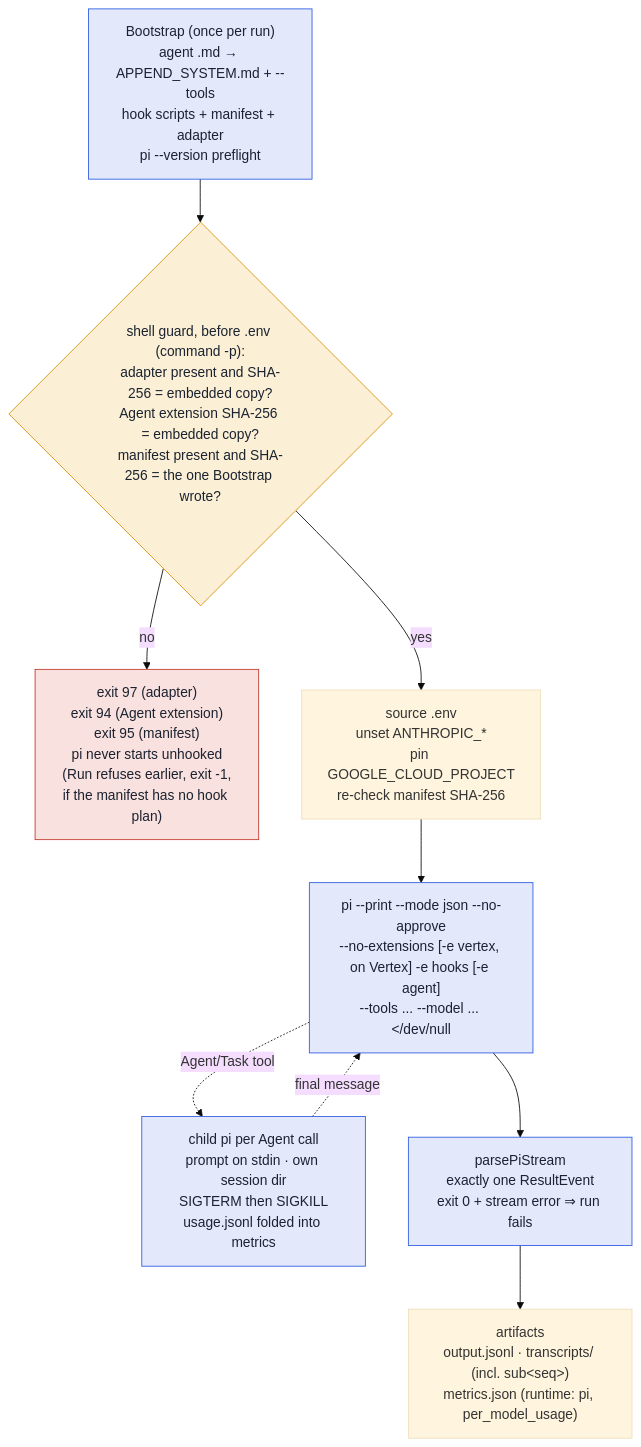
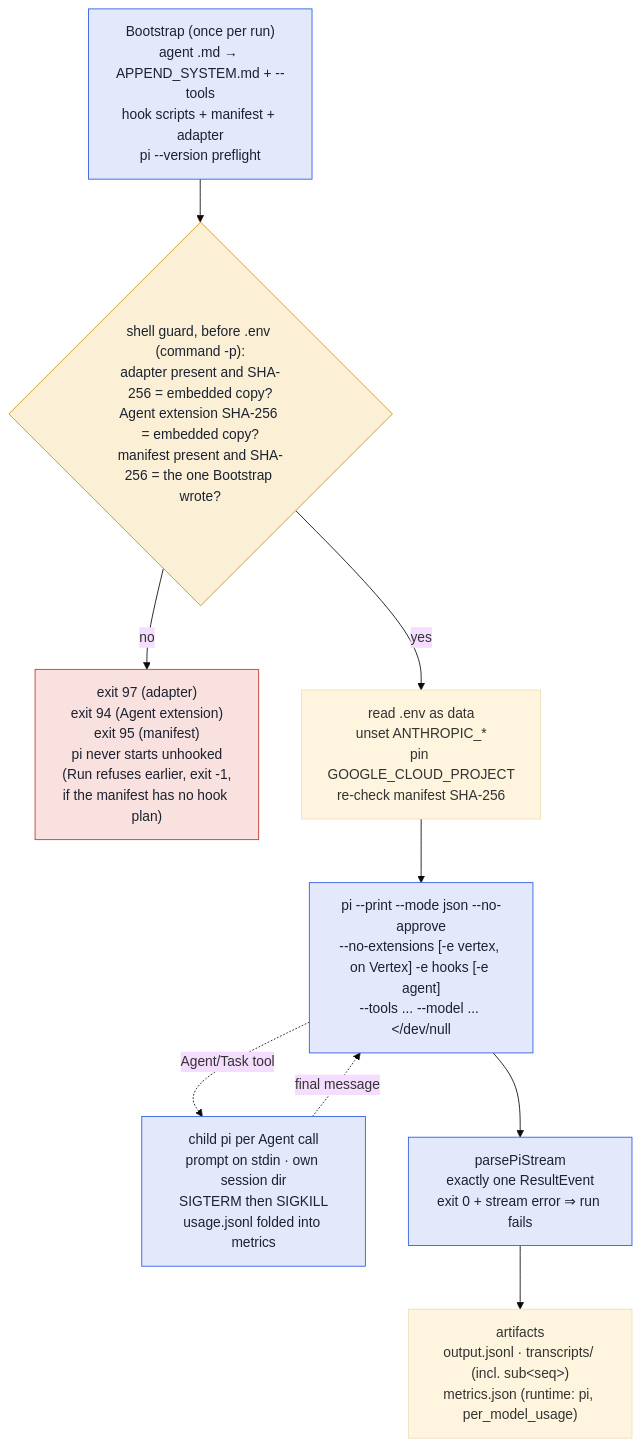
The second of 3 diagrams in docs/contributing/runtime-implementation.md (Aliciapet11/fullsend), drawn with Mermaid (base theme) before and after one commit. The commit also changed other lines of this file and 24 other files, not shown here.

````diff
--- a/docs/contributing/runtime-implementation.md
+++ b/docs/contributing/runtime-implementation.md
@@ -666,22 +667,22 @@
 ```mermaid
 flowchart TB
   B["Bootstrap (once per run)\nagent .md → APPEND_SYSTEM.md + --tools\nhook scripts + manifest + adapter\npi --version preflight"]
   G{"shell guard, before .env (command -p):\nadapter present and SHA-256 = embedded copy?\nAgent extension SHA-256 = embedded copy?\nmanifest present and SHA-256 = the one Bootstrap wrote?"}
   X["exit 97 (adapter)\nexit 94 (Agent extension)\nexit 95 (manifest)\npi never starts unhooked\n(Run refuses earlier, exit -1,\nif the manifest has no hook plan)"]
-  E["source .env\nunset ANTHROPIC_*\npin GOOGLE_CLOUD_PROJECT\nre-check manifest SHA-256"]
+  E["read .env as data\nunset ANTHROPIC_*\npin GOOGLE_CLOUD_PROJECT\nre-check manifest SHA-256"]
   P["pi --print --mode json --no-approve\n--no-extensions [-e vertex, on Vertex] -e hooks [-e agent]\n--tools ... --model ... #lt;/dev/null"]
   C["child pi per Agent call\nprompt on stdin · own session dir\nSIGTERM then SIGKILL\nusage.jsonl folded into metrics"]
   S["parsePiStream\nexactly one ResultEvent\nexit 0 + stream error ⇒ run fails"]
   A["artifacts\noutput.jsonl · transcripts/ (incl. sub#lt;seq#gt;)\nmetrics.json (runtime: pi, per_model_usage)"]
   B --> G
   G -- no --> X
   G -- yes --> E --> P --> S --> A
   P -. "Agent/Task tool" .-> C
   C -. "final message" .-> P
   classDef guard fill:#fbf0d6,stroke:#d98e04,color:#1b2230;
   classDef bad fill:#f8e1de,stroke:#c0392b,color:#1b2230;
   classDef opt fill:#e3e9fb,stroke:#2d5be3,color:#1b2230;
   class G guard;
   class X bad;
   class B,P,S,C opt;
 ```
````
